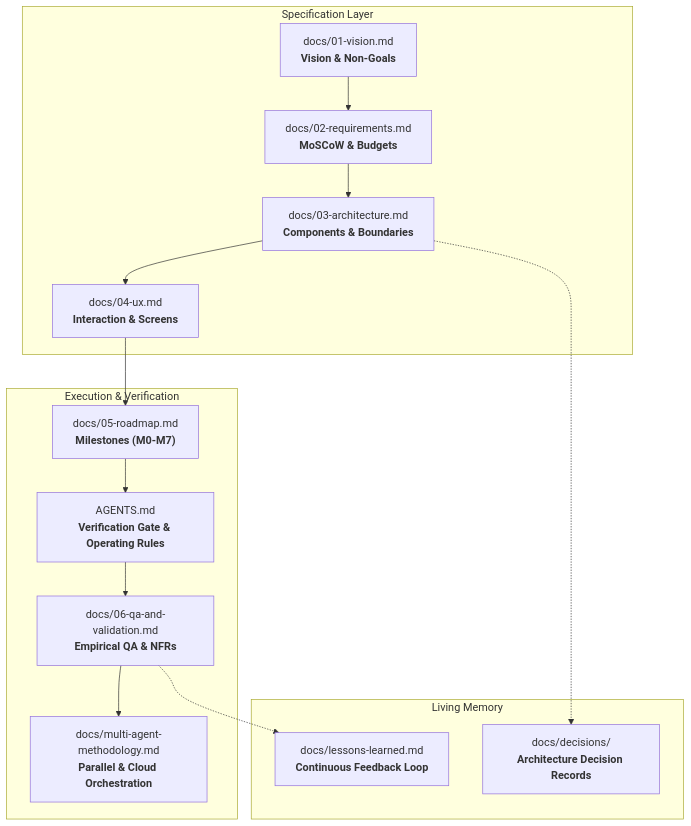
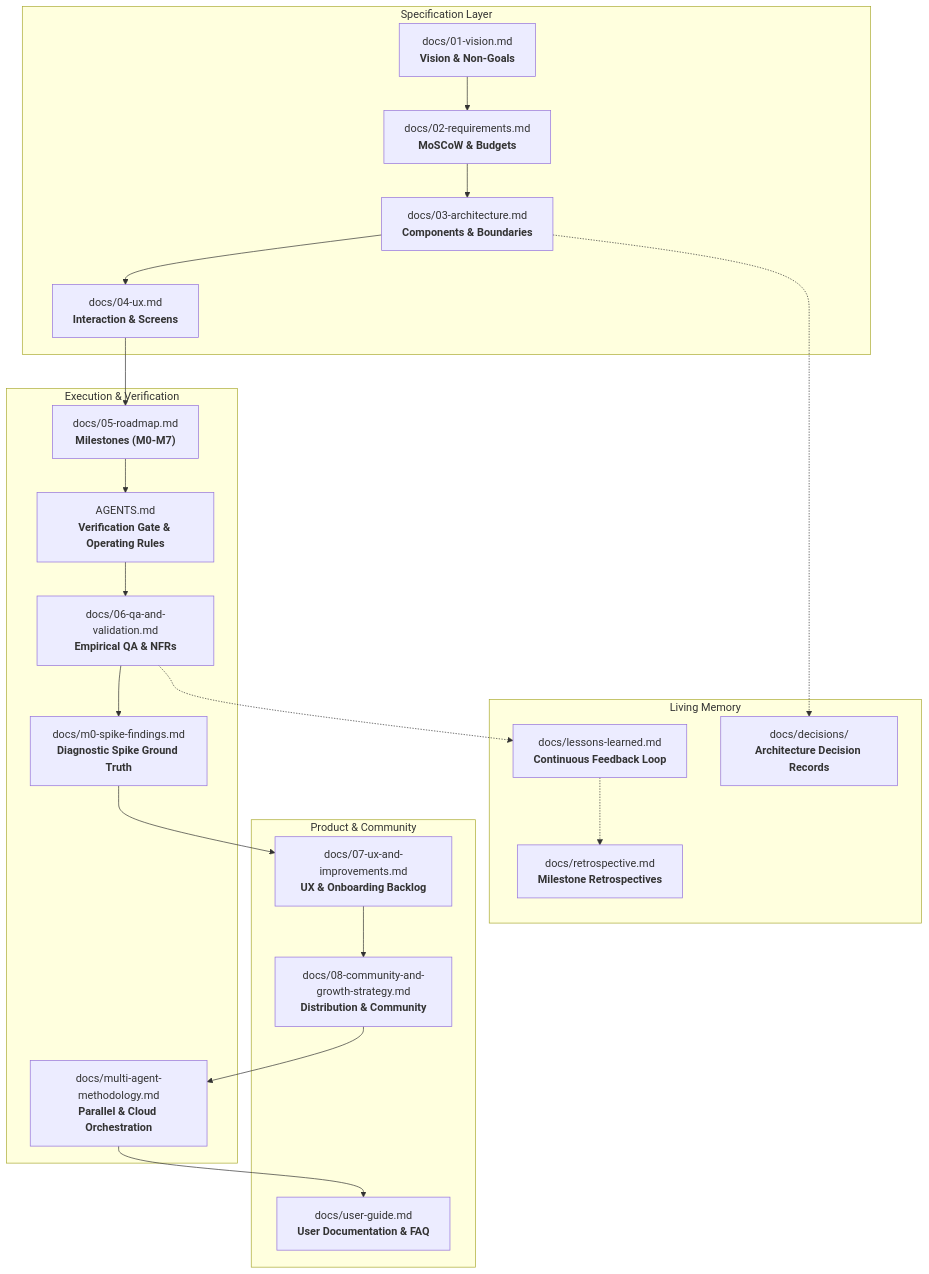
The first of 2 diagrams in README.md (DooperDrew/project-template), drawn with Mermaid before and after one commit. The commit also changed other lines of this file and 18 other files, not shown here.

````diff
--- a/README.md
+++ b/README.md
@@ -30,26 +31,35 @@
 ```mermaid
 flowchart TD
     subgraph Spec["Specification Layer"]
         V["docs/01-vision.md<br/><b>Vision & Non-Goals</b>"]
         R["docs/02-requirements.md<br/><b>MoSCoW & Budgets</b>"]
         A["docs/03-architecture.md<br/><b>Components & Boundaries</b>"]
         U["docs/04-ux.md<br/><b>Interaction & Screens</b>"]
     end
     subgraph Execution["Execution & Verification"]
         M["docs/05-roadmap.md<br/><b>Milestones (M0-M7)</b>"]
         Q["docs/06-qa-and-validation.md<br/><b>Empirical QA & NFRs</b>"]
+        SPK["docs/m0-spike-findings.md<br/><b>Diagnostic Spike Ground Truth</b>"]
         G["AGENTS.md<br/><b>Verification Gate & Operating Rules</b>"]
         METH["docs/multi-agent-methodology.md<br/><b>Parallel & Cloud Orchestration</b>"]
+    end
+    subgraph Evolution["Product & Community"]
+        UX7["docs/07-ux-and-improvements.md<br/><b>UX & Onboarding Backlog</b>"]
+        COM8["docs/08-community-and-growth-strategy.md<br/><b>Distribution & Community</b>"]
+        UG["docs/user-guide.md<br/><b>User Documentation & FAQ</b>"]
     end
     subgraph Learning["Living Memory"]
         LL["docs/lessons-learned.md<br/><b>Continuous Feedback Loop</b>"]
         ADR["docs/decisions/<br/><b>Architecture Decision Records</b>"]
+        RETRO["docs/retrospective.md<br/><b>Milestone Retrospectives</b>"]
     end
 
     V --> R --> A --> U --> M
     M --> G
     G --> Q
-    Q --> METH
+    Q --> SPK
+    SPK --> UX7 --> COM8 --> METH --> UG
     Q -.-> LL
+    LL -.-> RETRO
     A -.-> ADR
 ```
````
